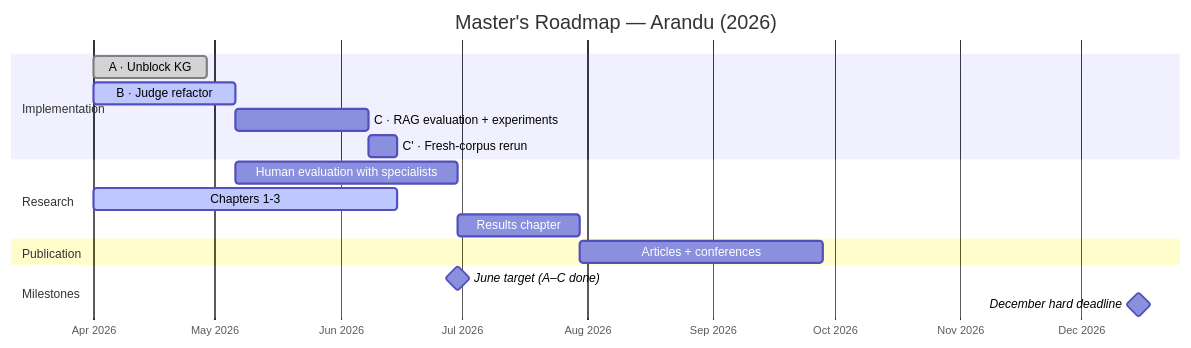
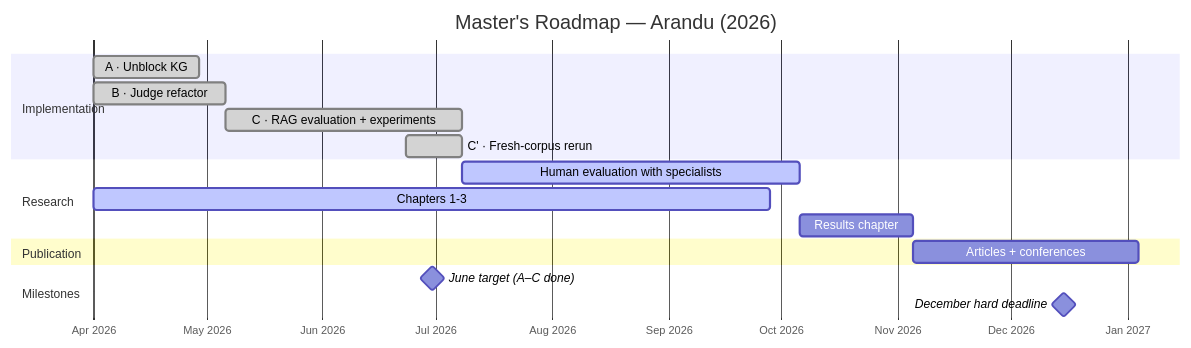
One commit to FredDsR/arandu changed the first of 2 diagrams in docs/planning/ROADMAP.md. Above: the diagram before and after it, drawn with Mermaid. The commit also changed other lines of this file, not shown here.

````diff
--- a/docs/planning/ROADMAP.md
+++ b/docs/planning/ROADMAP.md
@@ -33,24 +35,24 @@
 ```mermaid
 gantt
     title Master's Roadmap — Arandu (2026)
     dateFormat YYYY-MM-DD
     axisFormat %b %Y
 
     section Implementation
     A · Unblock KG                        :done, task_a, 2026-04-01, 28d
-    B · Judge refactor                    :active, task_b, 2026-04-01, 35d
-    C · RAG evaluation + experiments      :task_c, after task_b, 33d
-    C' · Fresh-corpus rerun               :task_cr, after task_c, 7d
+    B · Judge refactor                    :done, task_b, 2026-04-01, 35d
+    C · RAG evaluation + experiments      :done, task_c, 2026-05-06, 63d
+    C' · Fresh-corpus rerun               :done, task_cr, 2026-06-23, 15d
 
     section Research
-    Human evaluation with specialists     :task_h, after task_b, 55d
-    Chapters 1-3                          :active, task_w, 2026-04-01, 75d
-    Results chapter                       :task_r, after task_cr task_h, 30d
+    Human evaluation with specialists     :active, task_h, 2026-07-08, 90d
+    Chapters 1-3                          :active, task_w, 2026-04-01, 180d
+    Results chapter                       :task_r, after task_h, 30d
 
     section Publication
     Articles + conferences                :task_p, after task_r, 60d
 
     section Milestones
     June target (A–C done)                :milestone, 2026-06-30, 0d
     December hard deadline                :milestone, 2026-12-15, 0d
 ```
````
